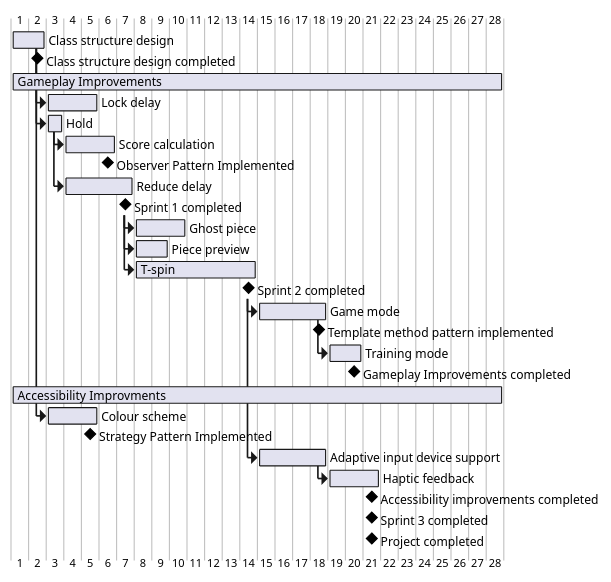
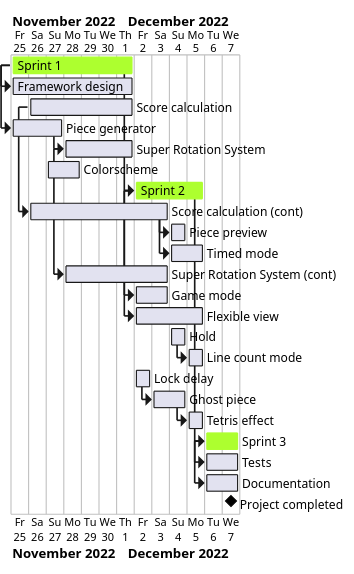
Before and after one commit to jimmy-zx/SAC: the diagram in docs/uml/timeline.puml, drawn with PlantUML.

Commit message:
[docs] Updated timeline

```diff
--- a/docs/uml/timeline.puml
+++ b/docs/uml/timeline.puml
@@ -1,59 +1,67 @@
 @startgantt
 
-[Class structure design] as [A] lasts 2 days
-[Class structure design completed] happens at [A]'s end
-[Gameplay Improvements] lasts 28 days
+Project starts 2022-11-25
 
-[Lock delay] starts at [A]'s end
-[Lock delay] lasts 3 days
+[Sprint 1] is colored in GreenYellow
+[Sprint 1] starts 2022-11-25
+[Sprint 1] ends 2022-12-1
 
-[Hold] starts at [A]'s end
-[Hold] lasts 1 days
+[Framework design] starts at [Sprint 1]'s start
+[Framework design] ends 2022-12-1
 
-[Score calculation] starts at [Hold]'s end
-[Score calculation] lasts 3 days
+[Score calculation] starts 2022-11-26
+[Score calculation] ends 2022-12-1
 
-[Observer Pattern Implemented] happens at [Score calculation]'s end
+[Piece generator] starts at [Sprint 1]'s start
+[Piece generator] lasts 3 days
 
-[Reduce delay] starts at [Hold]'s end
-[Reduce delay] lasts 4 days
+[Super Rotation System] starts at [Piece generator]'s end
+[Super Rotation System] ends 2022-12-1
 
-[Sprint 1 completed] as [1] happens at [Reduce delay]'s end
+[Colorscheme] starts at 2022-11-27
+[Colorscheme] lasts 2 days
 
-[Ghost piece] starts at [1]'s end
-[Ghost piece] lasts 3 days
+[Sprint 2] is colored in GreenYellow
+[Sprint 2] starts at [Sprint 1]'s end
+[Sprint 2] ends 2022-12-5
 
-[Piece preview] starts at [1]'s end
-[Piece preview] lasts 2 days
+[Score calculation (cont)] starts at [Score calculation]'s start
+[Score calculation (cont)] ends 2022-12-3
 
-[T-spin] starts at [1]'s end
-[T-spin] lasts 7 days
+[Piece preview] starts at [Score calculation (cont)]'s end
 
-[Sprint 2 completed] as [2] happens at [T-spin]'s end
+[Timed mode] starts at [Score calculation (cont)]'s end
+[Timed mode] lasts 2 days
 
-[Game mode] starts at [2]'s end
-[Game mode] lasts 4 days
+[Super Rotation System (cont)] starts at [Super Rotation System]'s start
+[Super Rotation System (cont)] ends at 2022-12-3
 
-[Template method pattern implemented] happens at [Game mode]'s end
+[Game mode] starts at [Sprint 2]'s start
+[Game mode] ends at 2022-12-3
 
-[Training mode] lasts 2 days
-[Training mode] starts at [Game mode]'s end
+[Flexible view] starts at [Sprint 2]'s start
+[Flexible view] ends 2022-12-5
 
-[Gameplay Improvements completed] happens at [Training mode]'s end
+[Hold] starts at 2022-12-4
+[Line count mode] starts at [Hold]'s end
 
-[Accessibility Improvments] lasts 28 days
 
-[Colour scheme] lasts 3 days
-[Colour scheme] starts at [A]'s end
+[Lock delay] starts at 2022-12-2
 
-[Strategy Pattern Implemented] happens at [Colour scheme]'s end
+[Ghost piece] starts at [Lock delay]'s end
+[Ghost piece] lasts 2 days
 
-[Adaptive input device support] starts at [2]'s end
-[Adaptive input device support] lasts 4 days
+[Tetris effect] starts at [Ghost piece]'s end
 
-[Haptic feedback] lasts 3 days
-[Haptic feedback] starts at [Adaptive input device support]'s end
-[Accessibility improvements completed] happens at [Haptic feedback]'s end
-[Sprint 3 completed] as [3] happens at [Haptic feedback]'s end
-[Project completed] happens at [Haptic feedback]'s end
+[Sprint 3] is colored in GreenYellow
+[Sprint 3] starts at [Sprint 2]'s end
+[Sprint 3] ends 2022-12-7
+
+[Tests] starts at [Sprint 3]'s start
+[Tests] lasts 2 days
+
+[Documentation] starts at [Sprint 3]'s start
+[Documentation] lasts 2 days
+
+[Project completed] happens at [Sprint 3]'s end
 @endgantt
```
